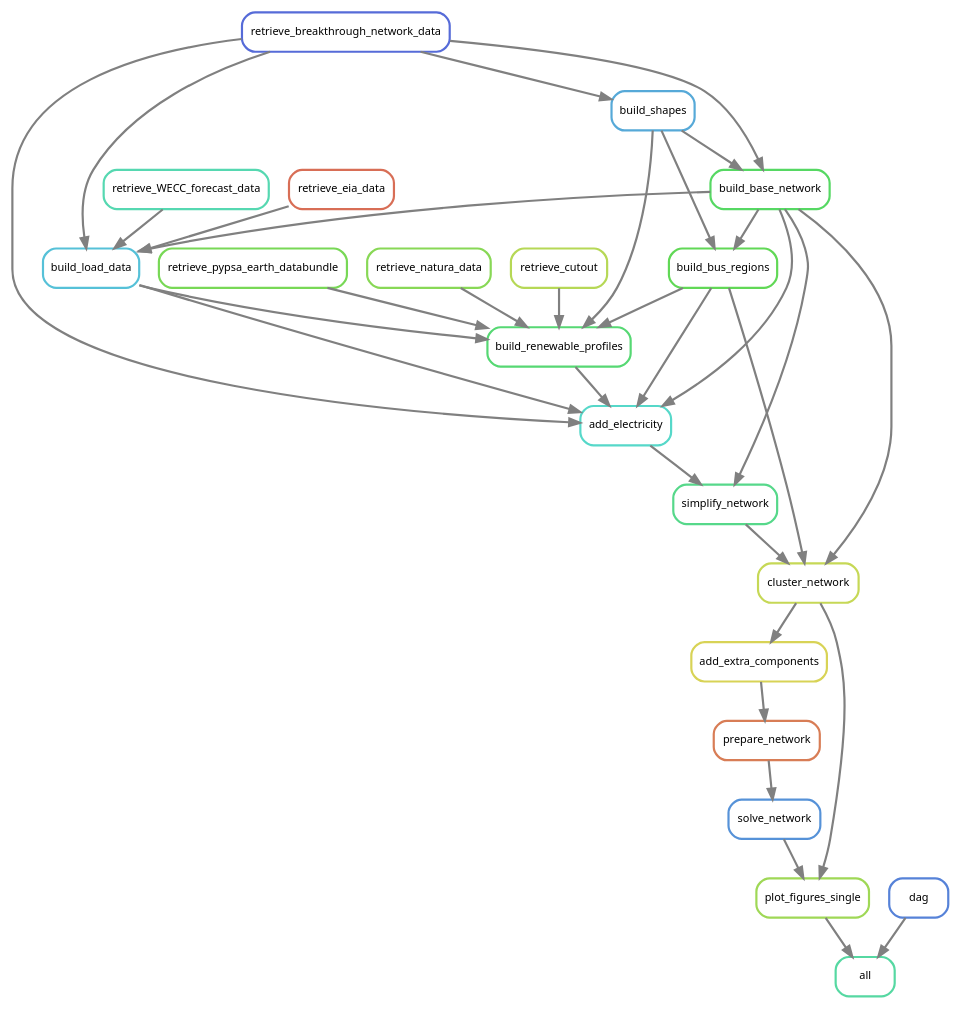
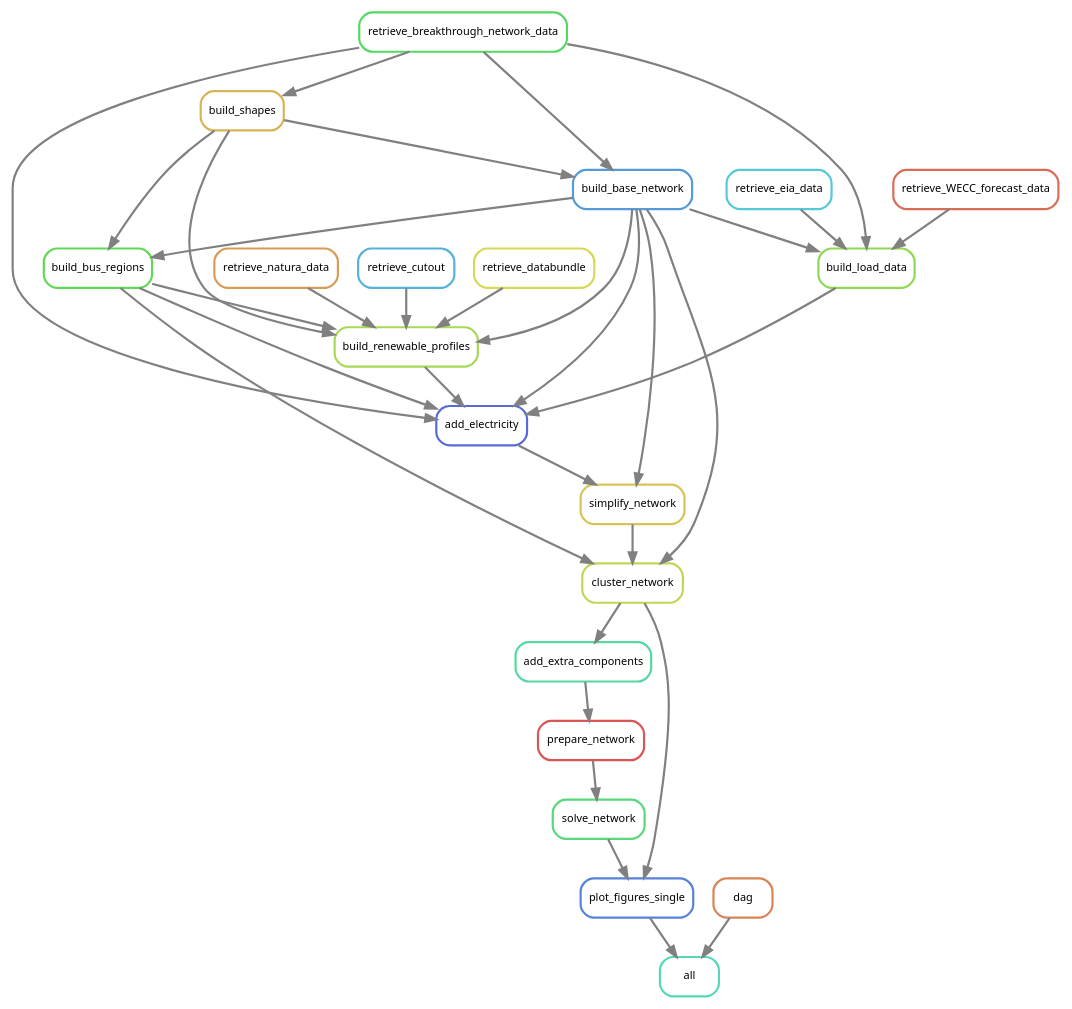
One commit to PyPSA/pypsa-usa changed the diagram in workflow/repo_data/dag.dot. Above: the diagram before and after it, drawn with Graphviz. The commit also changed 5 other files, not shown here.

```diff
--- a/workflow/repo_data/dag.dot
+++ b/workflow/repo_data/dag.dot
@@ -1,57 +1,57 @@
 digraph snakemake_dag {
     graph[bgcolor=white, margin=0];
     node[shape=box, style=rounded, fontname=sans,                 fontsize=10, penwidth=2];
     edge[penwidth=2, color=grey];
-	0[label = "all", color = "0.43 0.6 0.85", style="rounded"];
-	1[label = "plot_figures_single", color = "0.24 0.6 0.85", style="rounded"];
-	2[label = "solve_network", color = "0.59 0.6 0.85", style="rounded"];
-	3[label = "prepare_network", color = "0.05 0.6 0.85", style="rounded"];
-	4[label = "add_extra_components", color = "0.16 0.6 0.85", style="rounded"];
-	5[label = "cluster_network", color = "0.19 0.6 0.85", style="rounded"];
-	6[label = "simplify_network", color = "0.40 0.6 0.85", style="rounded"];
-	7[label = "build_base_network", color = "0.35 0.6 0.85", style="rounded"];
-	8[label = "retrieve_breakthrough_network_data", color = "0.64 0.6 0.85", style="rounded"];
-	9[label = "build_shapes", color = "0.56 0.6 0.85", style="rounded"];
-	10[label = "add_electricity", color = "0.48 0.6 0.85", style="rounded"];
-	11[label = "build_renewable_profiles", color = "0.37 0.6 0.85", style="rounded"];
-	12[label = "build_load_data", color = "0.53 0.6 0.85", style="rounded"];
-	13[label = "retrieve_WECC_forecast_data", color = "0.45 0.6 0.85", style="rounded"];
-	14[label = "retrieve_eia_data", color = "0.03 0.6 0.85", style="rounded"];
-	15[label = "retrieve_pypsa_earth_databundle", color = "0.29 0.6 0.85", style="rounded"];
-	16[label = "retrieve_natura_data", color = "0.27 0.6 0.85", style="rounded"];
-	17[label = "build_bus_regions", color = "0.32 0.6 0.85", style="rounded"];
-	18[label = "retrieve_cutout", color = "0.21 0.6 0.85", style="rounded"];
-	19[label = "dag", color = "0.61 0.6 0.85", style="rounded"];
+	0[label = "all", color = "0.46 0.6 0.85", style="rounded"];
+	1[label = "plot_figures_single", color = "0.61 0.6 0.85", style="rounded"];
+	2[label = "solve_network", color = "0.38 0.6 0.85", style="rounded"];
+	3[label = "prepare_network", color = "0.00 0.6 0.85", style="rounded"];
+	4[label = "add_extra_components", color = "0.43 0.6 0.85", style="rounded"];
+	5[label = "cluster_network", color = "0.20 0.6 0.85", style="rounded"];
+	6[label = "simplify_network", color = "0.14 0.6 0.85", style="rounded"];
+	7[label = "build_base_network", color = "0.58 0.6 0.85", style="rounded"];
+	8[label = "retrieve_breakthrough_network_data", color = "0.35 0.6 0.85", style="rounded"];
+	9[label = "build_shapes", color = "0.12 0.6 0.85", style="rounded"];
+	10[label = "add_electricity", color = "0.64 0.6 0.85", style="rounded"];
+	11[label = "build_renewable_profiles", color = "0.23 0.6 0.85", style="rounded"];
+	12[label = "retrieve_databundle", color = "0.17 0.6 0.85", style="rounded"];
+	13[label = "retrieve_natura_data", color = "0.09 0.6 0.85", style="rounded"];
+	14[label = "build_bus_regions", color = "0.32 0.6 0.85", style="rounded"];
+	15[label = "retrieve_cutout", color = "0.55 0.6 0.85", style="rounded"];
+	16[label = "build_load_data", color = "0.26 0.6 0.85", style="rounded"];
+	17[label = "retrieve_WECC_forecast_data", color = "0.03 0.6 0.85", style="rounded"];
+	18[label = "retrieve_eia_data", color = "0.52 0.6 0.85", style="rounded"];
+	19[label = "dag", color = "0.06 0.6 0.85", style="rounded"];
 	19 -> 0
 	1 -> 0
 	5 -> 1
 	2 -> 1
 	3 -> 2
 	4 -> 3
 	5 -> 4
 	6 -> 5
-	17 -> 5
+	14 -> 5
 	7 -> 5
+	10 -> 6
 	7 -> 6
-	10 -> 6
+	8 -> 7
 	9 -> 7
-	8 -> 7
 	8 -> 9
-	12 -> 10
-	17 -> 10
+	8 -> 10
+	11 -> 10
 	7 -> 10
-	11 -> 10
-	8 -> 10
+	16 -> 10
+	14 -> 10
 	15 -> 11
+	7 -> 11
+	9 -> 11
+	13 -> 11
+	14 -> 11
 	12 -> 11
-	17 -> 11
-	9 -> 11
-	18 -> 11
-	16 -> 11
-	7 -> 12
-	13 -> 12
-	8 -> 12
-	14 -> 12
-	9 -> 17
-	7 -> 17
+	7 -> 14
+	9 -> 14
+	17 -> 16
+	18 -> 16
+	8 -> 16
+	7 -> 16
 }            
```
